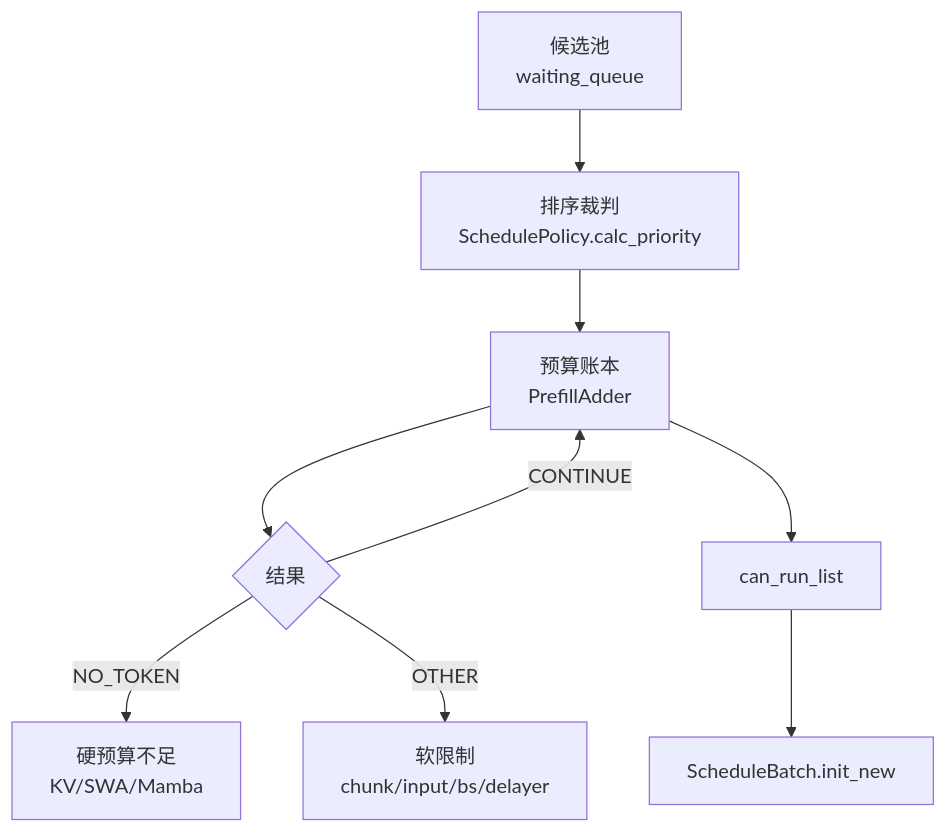
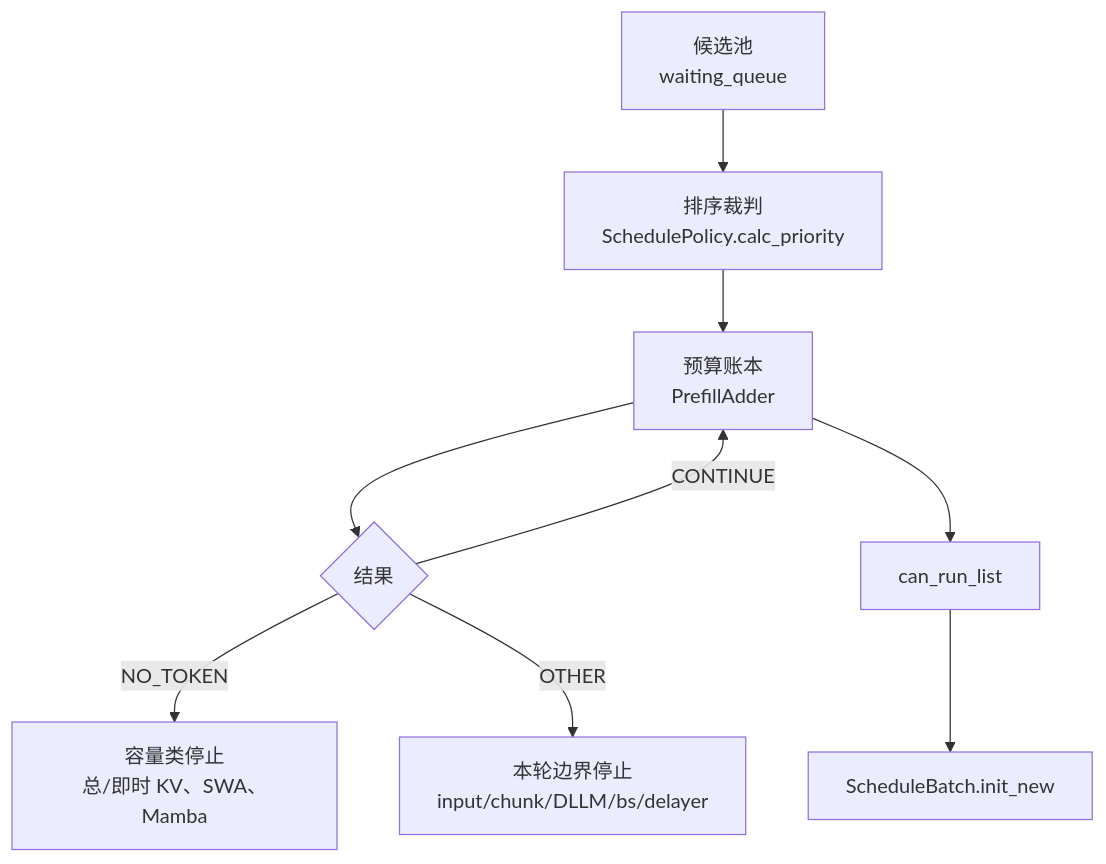
Before and after one commit to OnlyHero5/sglang-reading-vault: the diagram in sglang_reading/请求调度/SchedulePolicy/SGLang-SchedulePolicy-核心概念.md, drawn with Mermaid. The commit also changed other lines of this file and 512 other files, not shown here.

````diff
--- a/sglang_reading/请求调度/SchedulePolicy/SGLang-SchedulePolicy-核心概念.md
+++ b/sglang_reading/请求调度/SchedulePolicy/SGLang-SchedulePolicy-核心概念.md
@@ -30,11 +30,11 @@
 ```mermaid
 flowchart TD
  A["候选池<br/>waiting_queue"] --> B["排序裁判<br/>SchedulePolicy.calc_priority"]
  B --> C["预算账本<br/>PrefillAdder"]
  C --> D{"结果"}
  D -->|"CONTINUE"| C
- D -->|"NO_TOKEN"| E["硬预算不足<br/>KV/SWA/Mamba"]
- D -->|"OTHER"| F["软限制<br/>chunk/input/bs/delayer"]
+ D -->|"NO_TOKEN"| E["容量类停止<br/>总/即时 KV、SWA、Mamba"]
+ D -->|"OTHER"| F["本轮边界停止<br/>input/chunk/DLLM/bs/delayer"]
  C --> G["can_run_list"]
  G --> H["ScheduleBatch.init_new"]
 ```
````
